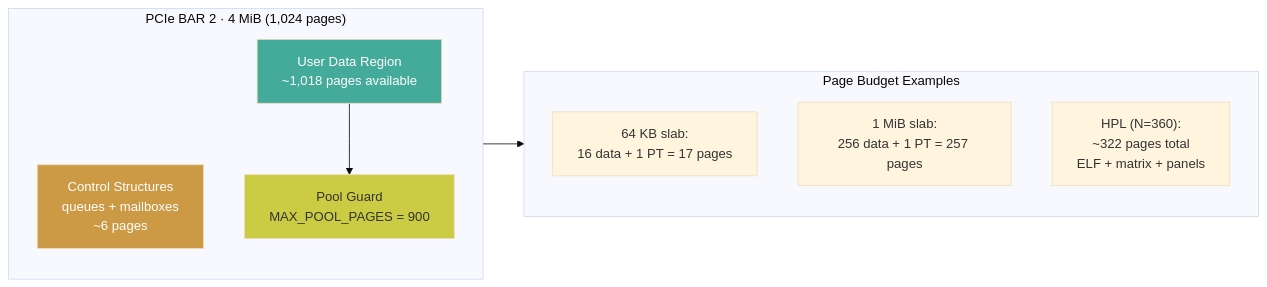
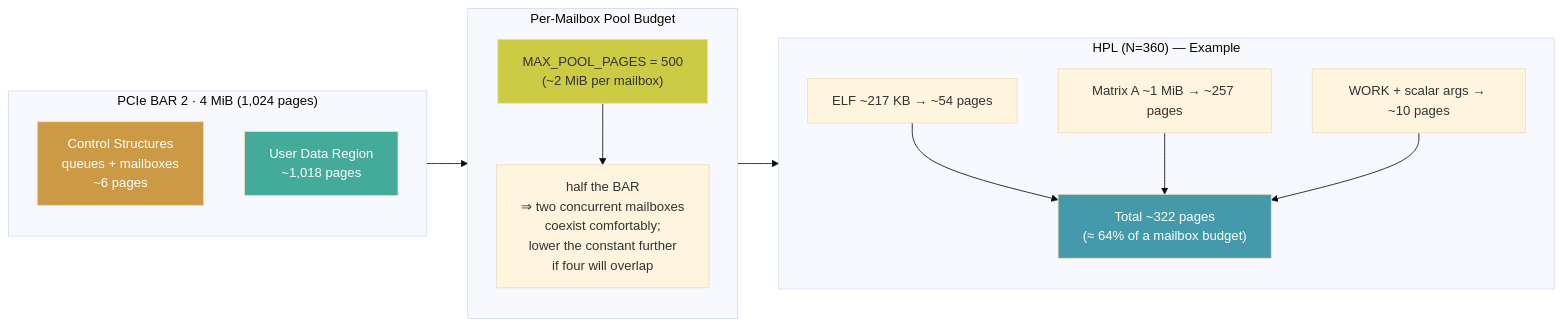
The fifth of 7 diagrams in offload/plugins-nextgen/thunderbird/docs/memory_pool_design.md (InspireSemi/llvm-project), drawn with Mermaid (base theme) before and after one commit. The commit also changed other lines of this file and 1 other file, not shown here.

First line of the commit message:
Thunderbird MemoryPool: drop slab doubling, budget for mailbox coexistence

````diff
--- a/offload/plugins-nextgen/thunderbird/docs/memory_pool_design.md
+++ b/offload/plugins-nextgen/thunderbird/docs/memory_pool_design.md
@@ -145,22 +184,33 @@
 ```mermaid
 flowchart LR
     subgraph bar["PCIe BAR 2 · 4 MiB (1,024 pages)"]
         direction TB
         ctrl["Control Structures<br/>queues + mailboxes<br/>~6 pages"]
-        user["User Data Region<br/>~1,018 pages available"]
-        guard["Pool Guard<br/>MAX_POOL_PAGES = 900"]
+        user["User Data Region<br/>~1,018 pages"]
     end
 
-    subgraph budget["Page Budget Examples"]
-        ex1["64 KB slab:<br/>16 data + 1 PT = 17 pages"]
-        ex2["1 MiB slab:<br/>256 data + 1 PT = 257 pages"]
-        ex3["HPL (N=360):<br/>~322 pages total<br/>ELF + matrix + panels"]
+    subgraph mbox["Per-Mailbox Pool Budget"]
+        direction TB
+        cap["MAX_POOL_PAGES = 500<br/>(~2 MiB per mailbox)"]
+        rationale["half the BAR<br/>⇒ two concurrent mailboxes<br/>coexist comfortably;<br/>lower the constant further<br/>if four will overlap"]
+        cap --> rationale
     end
 
-    user --> guard
-    guard --> budget
+    subgraph workload["HPL (N=360) — Example"]
+        w1["ELF ~217 KB → ~54 pages"]
+        w2["Matrix A ~1 MiB → ~257 pages"]
+        w3["WORK + scalar args → ~10 pages"]
+        wtot["Total ~322 pages<br/>(≈ 64% of a mailbox budget)"]
+        w1 --> wtot
+        w2 --> wtot
+        w3 --> wtot
+    end
+
+    user --> mbox
+    mbox --> workload
 
     style ctrl fill:#c94,color:#fff
-    style guard fill:#cc4,color:#333
+    style cap fill:#cc4,color:#333
     style user fill:#4a9,color:#fff
+    style wtot fill:#49a,color:#fff
 ```
````
